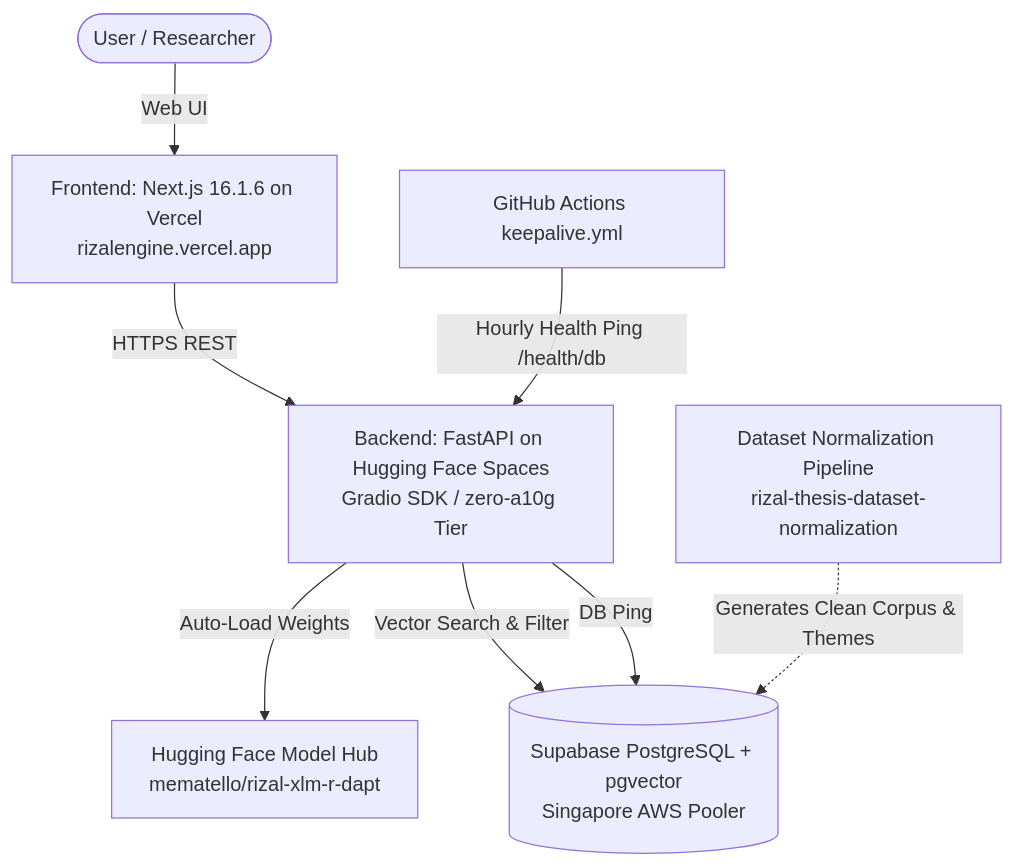
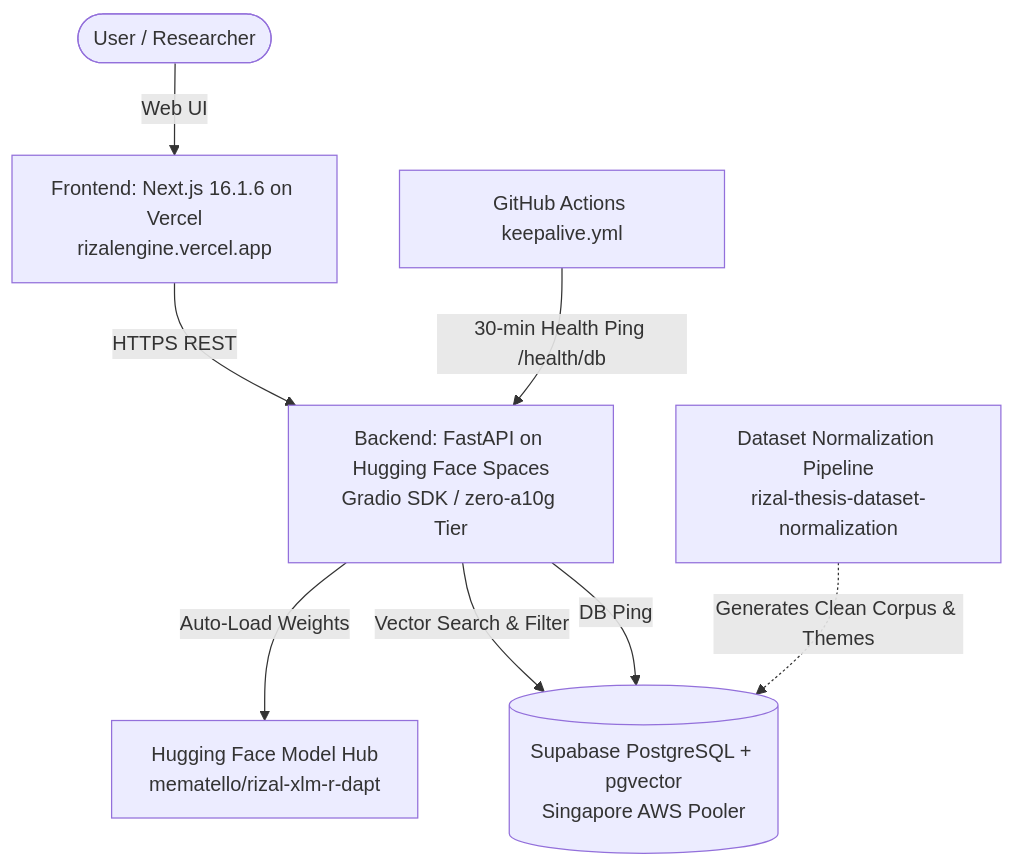
The diagram in README.md (mematello/Rizal-Thematic-Exploration), drawn with Mermaid before and after one commit. The commit also changed other lines of this file and 5 other files, not shown here.

````diff
--- a/README.md
+++ b/README.md
@@ -79,10 +79,10 @@
 ```mermaid
 graph TD
     User([User / Researcher]) -->|Web UI| Vercel[Frontend: Next.js 16.1.6 on Vercel<br/>rizalengine.vercel.app]
     Vercel -->|HTTPS REST| HF[Backend: FastAPI on Hugging Face Spaces<br/>Gradio SDK / zero-a10g Tier]
     HF -->|Auto-Load Weights| Hub[Hugging Face Model Hub<br/>mematello/rizal-xlm-r-dapt]
     HF -->|Vector Search & Filter| Supabase[(Supabase PostgreSQL + pgvector<br/>Singapore AWS Pooler)]
-    GH[GitHub Actions keepalive.yml] -->|Hourly Health Ping /health/db| HF
+    GH[GitHub Actions keepalive.yml] -->|30-min Health Ping /health/db| HF
     HF -->|DB Ping| Supabase
     DatasetRepo[Dataset Normalization Pipeline<br/>rizal-thesis-dataset-normalization] -.->|Generates Clean Corpus & Themes| Supabase
 ```
````
